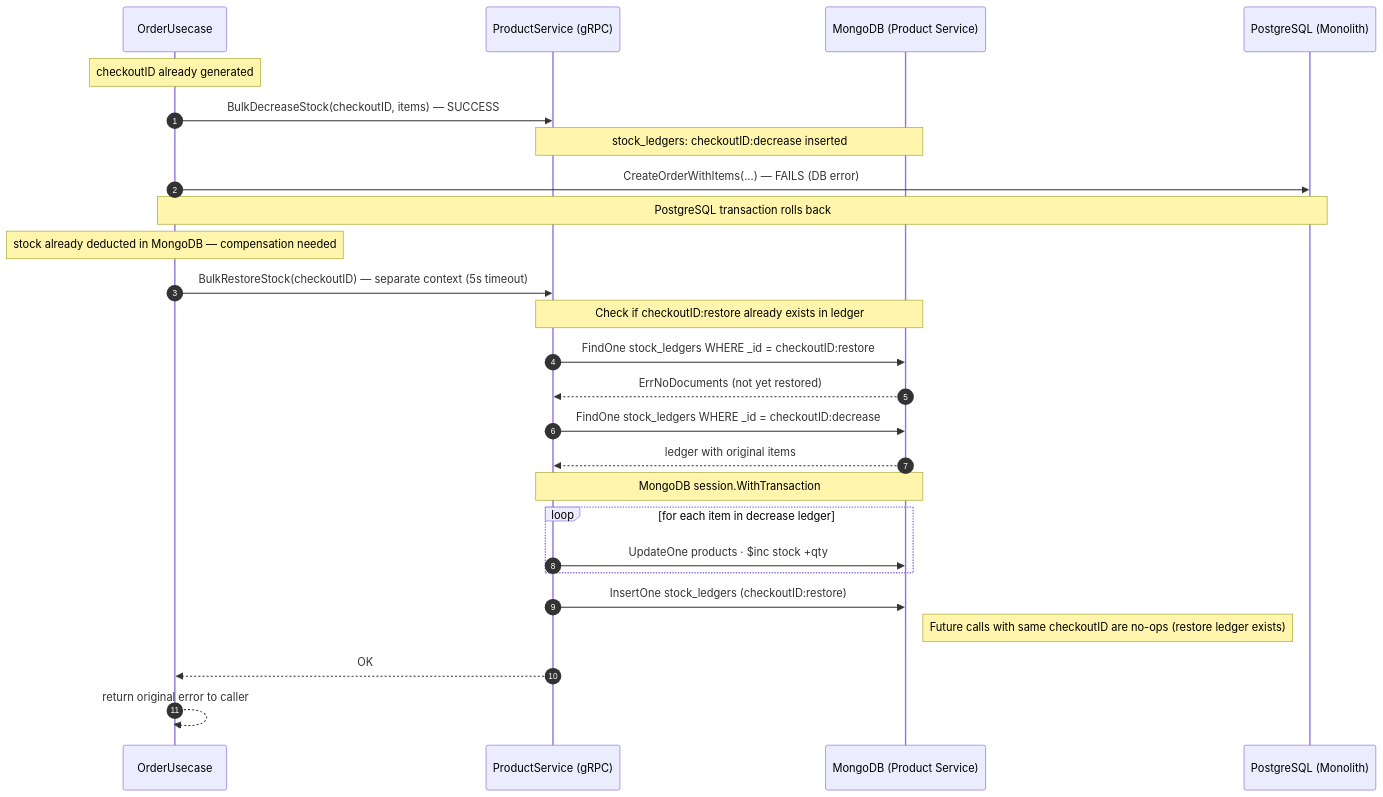
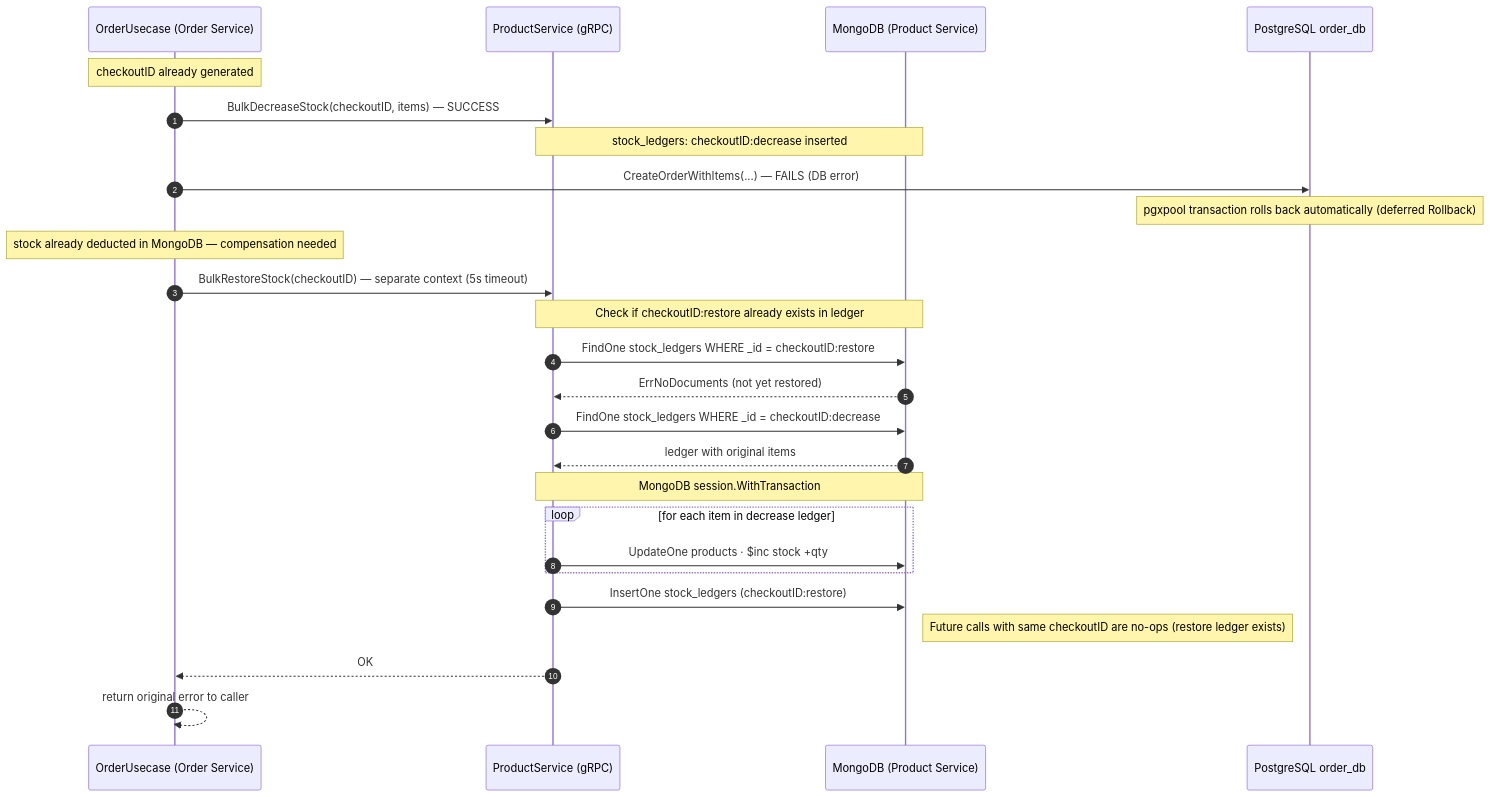
Before and after one commit to Mpayy/e-commerce: the fifth of 6 diagrams in README.md, drawn with Mermaid. The commit also changed other lines of this file and 2 other files, not shown here.

````diff
--- a/README.md
+++ b/README.md
@@ -272,31 +318,31 @@
 ```mermaid
 sequenceDiagram
     autonumber
-    participant U as OrderUsecase
+    participant U as OrderUsecase (Order Service)
     participant PS as ProductService (gRPC)
     participant Mongo as MongoDB (Product Service)
-    participant PG as PostgreSQL (Monolith)
+    participant PG as PostgreSQL order_db
 
     Note over U: checkoutID already generated
     U->>PS: BulkDecreaseStock(checkoutID, items) — SUCCESS
     Note over PS,Mongo: stock_ledgers: checkoutID:decrease inserted
 
     U->>PG: CreateOrderWithItems(...) — FAILS (DB error)
-    Note over U,PG: PostgreSQL transaction rolls back
+    Note over PG: pgxpool transaction rolls back automatically (deferred Rollback)
 
     Note over U: stock already deducted in MongoDB — compensation needed
     U->>PS: BulkRestoreStock(checkoutID) — separate context (5s timeout)
     Note over PS,Mongo: Check if checkoutID:restore already exists in ledger
     PS->>Mongo: FindOne stock_ledgers WHERE _id = checkoutID:restore
     Mongo-->>PS: ErrNoDocuments (not yet restored)
     PS->>Mongo: FindOne stock_ledgers WHERE _id = checkoutID:decrease
     Mongo-->>PS: ledger with original items
     Note over PS,Mongo: MongoDB session.WithTransaction
     loop for each item in decrease ledger
         PS->>Mongo: UpdateOne products · $inc stock +qty
     end
     PS->>Mongo: InsertOne stock_ledgers (checkoutID:restore)
     Note right of Mongo: Future calls with same checkoutID are no-ops (restore ledger exists)
     PS-->>U: OK
     U-->>U: return original error to caller
 ```
````
